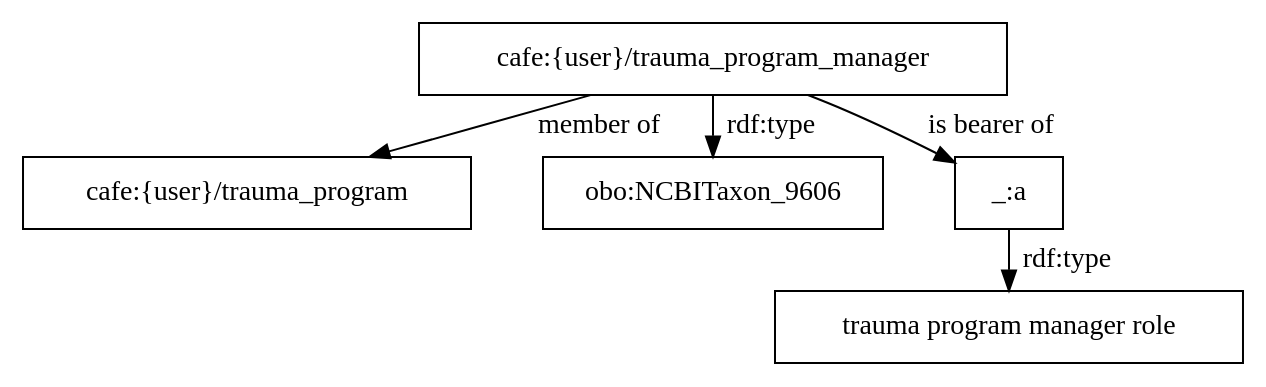
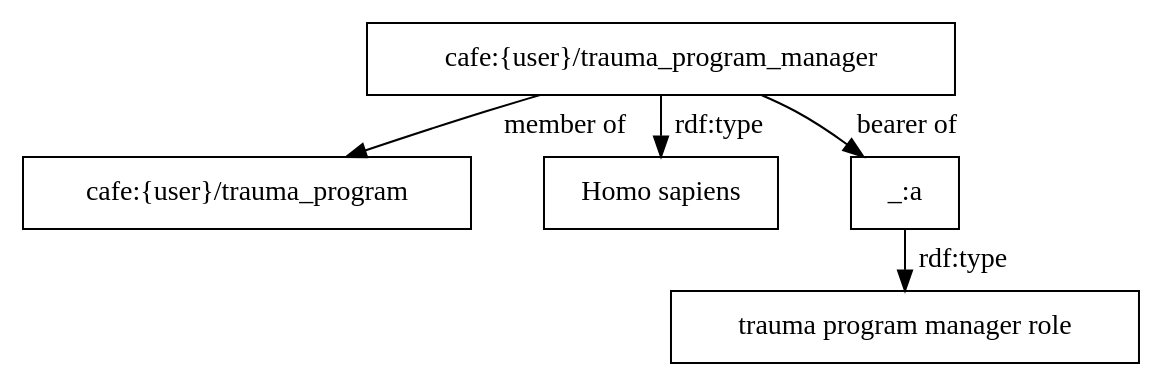
One commit to utecht/dideo-server changed the diagram in cafe/graphs/25.dot. Above: the diagram before and after it, drawn with Graphviz. The commit also changed 15 other files, not shown here.

Commit message:
changed graphs and definitions

```diff
--- a/cafe/graphs/25.dot
+++ b/cafe/graphs/25.dot
@@ -1,7 +1,7 @@
 digraph g { node [shape=rectangle];
 graph [splines=true, nodesep=.5, ranksep=0, overlap=false];
 "cafe:{user}/trauma_program_manager" -> "cafe:{user}/trauma_program" [label="member of"]
-"cafe:{user}/trauma_program_manager" -> "obo:NCBITaxon_9606" [label="rdf:type"]
-"cafe:{user}/trauma_program_manager" -> "_:a" [label="is bearer of"]
+"cafe:{user}/trauma_program_manager" -> "Homo sapiens" [label="rdf:type"]
+"cafe:{user}/trauma_program_manager" -> "_:a" [label="bearer of"]
 "_:a" -> "trauma program manager role" [label="rdf:type"]
 }
```
